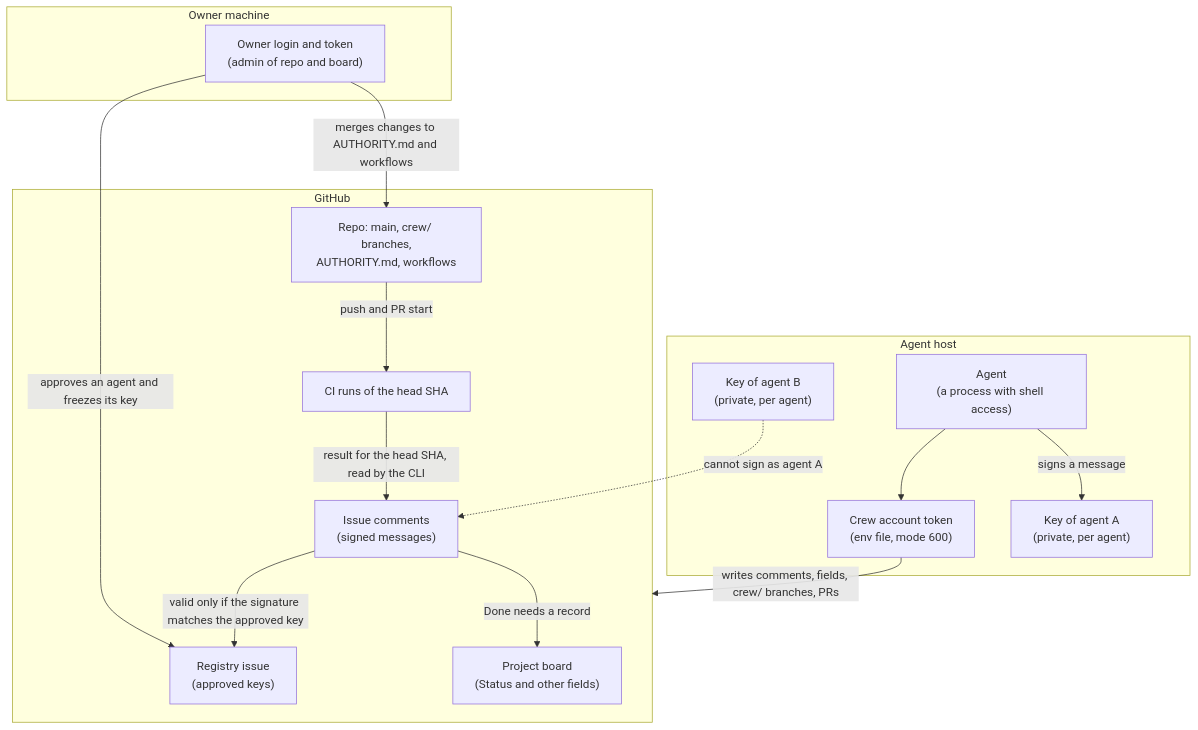
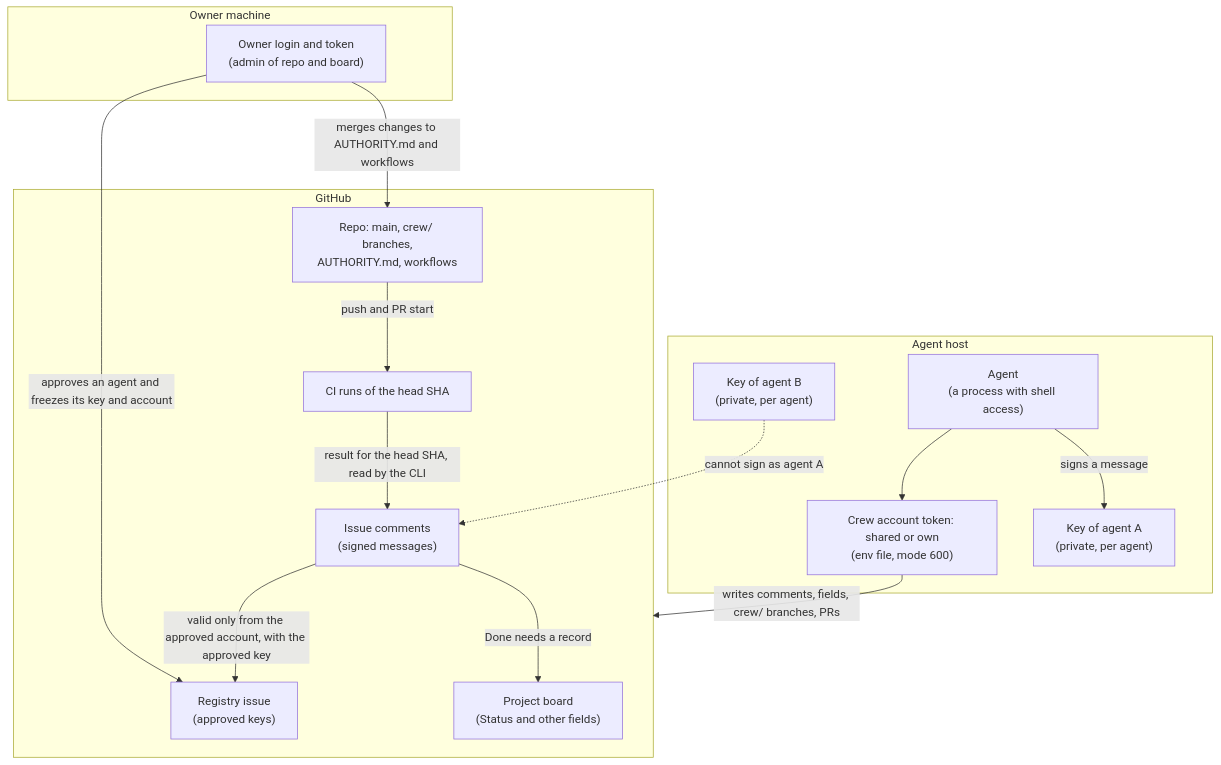
The diagram in docs/guides/security.md (arconsis/crewboard), drawn with Mermaid before and after one commit. The commit also changed other lines of this file and 27 other files, not shown here.

First line of the commit message:
Docs: crew accounts, shared or one per contributor

````diff
--- a/docs/guides/security.md
+++ b/docs/guides/security.md
@@ -178,29 +199,29 @@
 ```mermaid
 flowchart TB
     subgraph owner_host["Owner machine"]
         OT["Owner login and token<br/>(admin of repo and board)"]
     end
     subgraph agent_host["Agent host"]
-        CT["Crew account token<br/>(env file, mode 600)"]
+        CT["Crew account token: shared or own<br/>(env file, mode 600)"]
         K1["Key of agent A<br/>(private, per agent)"]
         K2["Key of agent B<br/>(private, per agent)"]
         M["Agent<br/>(a process with shell access)"]
     end
     subgraph gh["GitHub"]
         REG["Registry issue<br/>(approved keys)"]
         BOARD["Project board<br/>(Status and other fields)"]
         CM["Issue comments<br/>(signed messages)"]
         REPO["Repo: main, crew/ branches,<br/>AUTHORITY.md, workflows"]
         CI["CI runs of the head SHA"]
     end
-    OT -->|"approves an agent and freezes its key"| REG
+    OT -->|"approves an agent and freezes its key and account"| REG
     OT -->|"merges changes to AUTHORITY.md and workflows"| REPO
     M --> CT
     M -->|"signs a message"| K1
     K2 -.->|"cannot sign as agent A"| CM
     CT -->|"writes comments, fields, crew/ branches, PRs"| gh
-    CM -->|"valid only if the signature matches the approved key"| REG
+    CM -->|"valid only from the approved account, with the approved key"| REG
     REPO -->|"push and PR start"| CI
     CI -->|"result for the head SHA, read by the CLI"| CM
     CM -->|"Done needs a record"| BOARD
 ```
````
